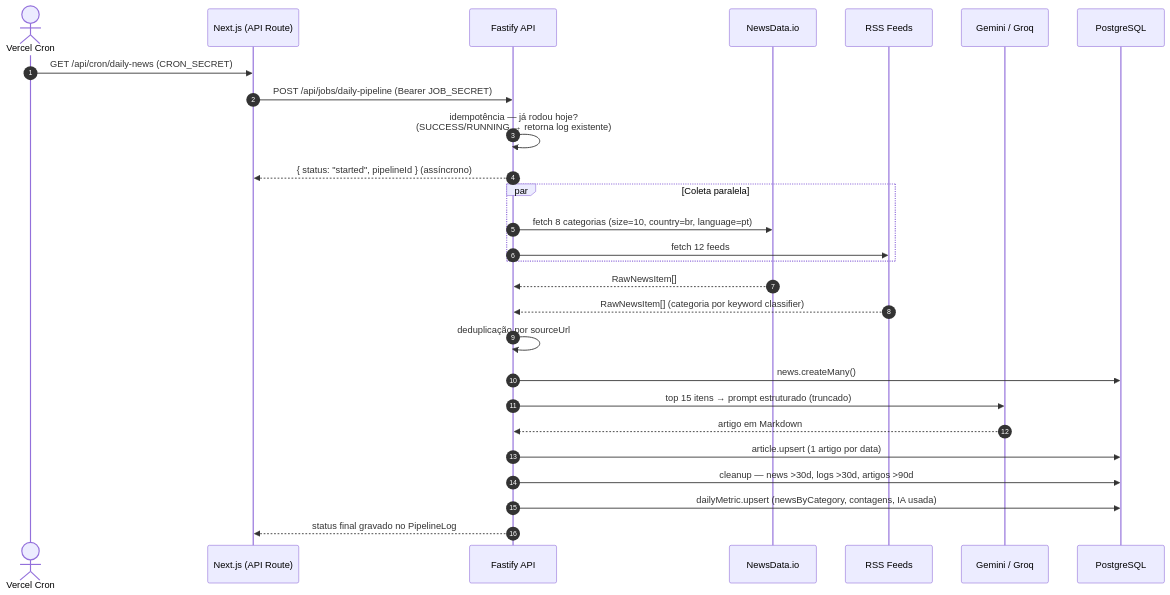
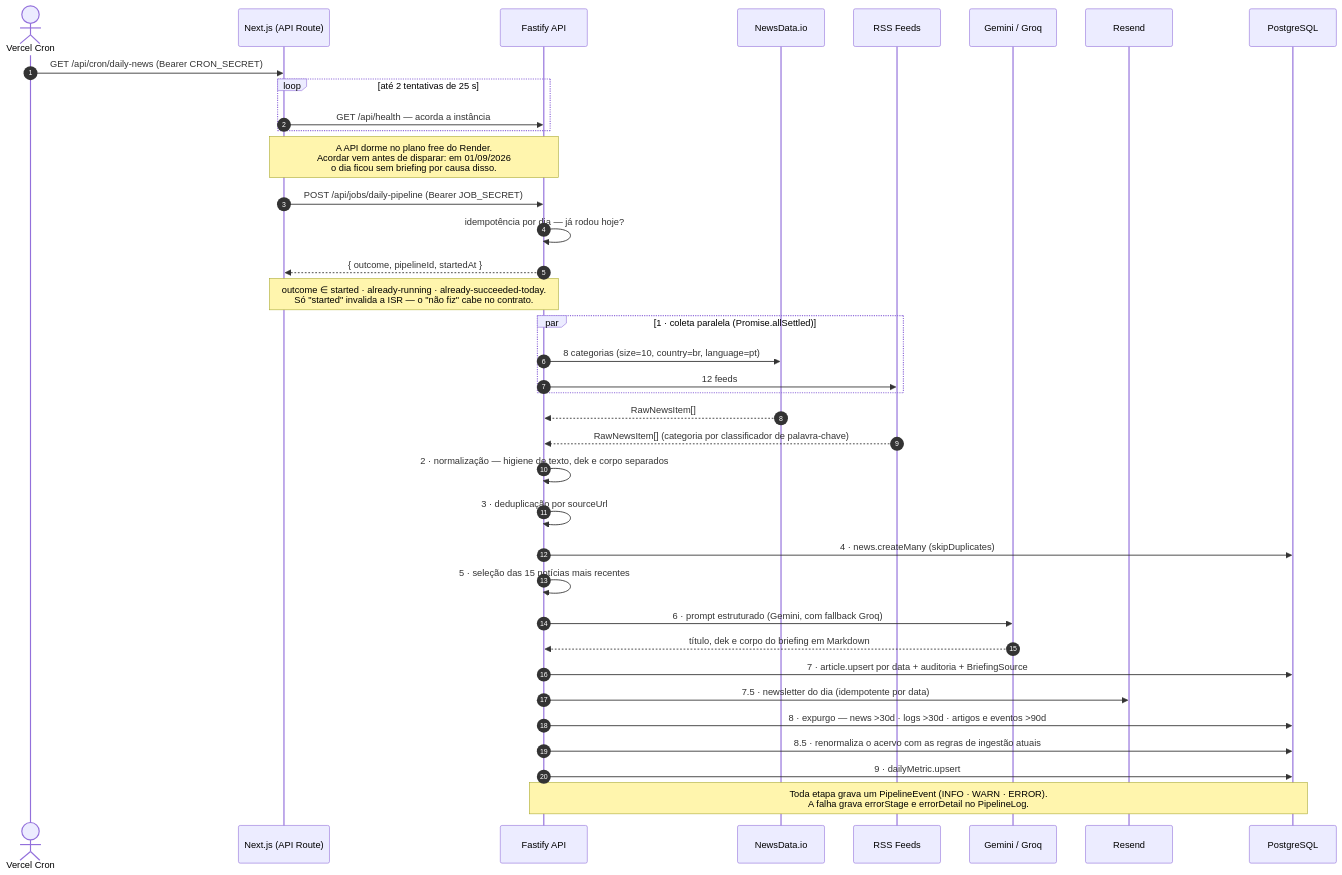
One commit to tavinholoco/newra-news changed the diagram in docs/diagrams/pipeline-sequence.mermaid. Above: the diagram before and after it, drawn with Mermaid. The commit also changed 12 other files, not shown here.

```diff
--- a/docs/diagrams/pipeline-sequence.mermaid
+++ b/docs/diagrams/pipeline-sequence.mermaid
@@ -1,30 +1,48 @@
-%% Diagrama de Sequência do Pipeline Diário — Newra News (PRD §3.2)
+%% Diagrama de Sequência do Pipeline Diário — Newra News
+%% ---
+%% Atualizado em 01/09/2026. São **11 etapas**: 1–7, 7.5 (newsletter), 8, 8.5
+%% (renormalização) e 9. As três não críticas — 7.5, 8 e 8.5 — falham sem
+%% abortar o pipeline.
 sequenceDiagram
     autonumber
     actor VC as Vercel Cron
     participant NX as Next.js (API Route)
     participant API as Fastify API
     participant ND as NewsData.io
     participant RSS as RSS Feeds
     participant IA as Gemini / Groq
+    participant RES as Resend
     participant DB as PostgreSQL
 
-    VC->>NX: GET /api/cron/daily-news (CRON_SECRET)
+    VC->>NX: GET /api/cron/daily-news (Bearer CRON_SECRET)
+
+    loop até 2 tentativas de 25 s
+        NX->>API: GET /api/health — acorda a instância
+    end
+    Note over NX,API: A API dorme no plano free do Render.<br/>Acordar vem antes de disparar: em 01/09/2026<br/>o dia ficou sem briefing por causa disso.
+
     NX->>API: POST /api/jobs/daily-pipeline (Bearer JOB_SECRET)
-    API->>API: idempotência — já rodou hoje?<br/>(SUCCESS/RUNNING → retorna log existente)
-    API-->>NX: { status: "started", pipelineId } (assíncrono)
+    API->>API: idempotência por dia — já rodou hoje?
+    API-->>NX: { outcome, pipelineId, startedAt }
+    Note over NX,API: outcome ∈ started · already-running · already-succeeded-today.<br/>Só "started" invalida a ISR — o "não fiz" cabe no contrato.
 
-    par Coleta paralela
-        API->>ND: fetch 8 categorias (size=10, country=br, language=pt)
-        API->>RSS: fetch 12 feeds
+    par 1 · coleta paralela (Promise.allSettled)
+        API->>ND: 8 categorias (size=10, country=br, language=pt)
+        API->>RSS: 12 feeds
     end
     ND-->>API: RawNewsItem[]
-    RSS-->>API: RawNewsItem[] (categoria por keyword classifier)
-    API->>API: deduplicação por sourceUrl
-    API->>DB: news.createMany()
-    API->>IA: top 15 itens → prompt estruturado (truncado)
-    IA-->>API: artigo em Markdown
-    API->>DB: article.upsert (1 artigo por data)
-    API->>DB: cleanup — news >30d, logs >30d, artigos >90d
-    API->>DB: dailyMetric.upsert (newsByCategory, contagens, IA usada)
-    API-->>NX: status final gravado no PipelineLog
+    RSS-->>API: RawNewsItem[] (categoria por classificador de palavra-chave)
+
+    API->>API: 2 · normalização — higiene de texto, dek e corpo separados
+    API->>API: 3 · deduplicação por sourceUrl
+    API->>DB: 4 · news.createMany (skipDuplicates)
+    API->>API: 5 · seleção das 15 notícias mais recentes
+    API->>IA: 6 · prompt estruturado (Gemini, com fallback Groq)
+    IA-->>API: título, dek e corpo do briefing em Markdown
+    API->>DB: 7 · article.upsert por data + auditoria + BriefingSource
+    API->>RES: 7.5 · newsletter do dia (idempotente por data)
+    API->>DB: 8 · expurgo — news >30d · logs >30d · artigos e eventos >90d
+    API->>DB: 8.5 · renormaliza o acervo com as regras de ingestão atuais
+    API->>DB: 9 · dailyMetric.upsert
+
+    Note over API,DB: Toda etapa grava um PipelineEvent (INFO · WARN · ERROR).<br/>A falha grava errorStage e errorDetail no PipelineLog.
```
